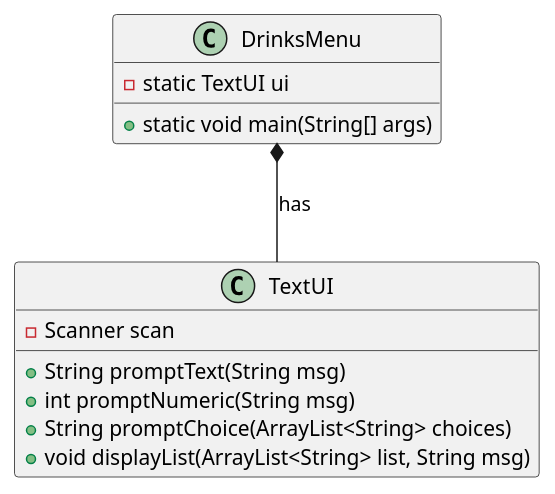
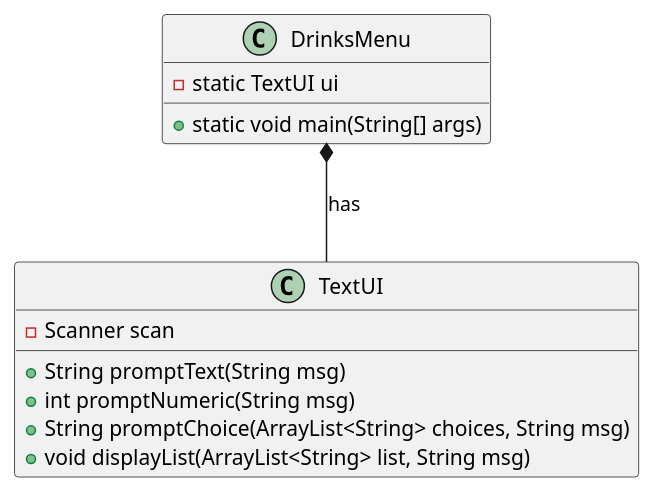
One commit to Eligoon/DrinksMenu changed the diagram in doc/TextUIclassdiagram.puml. Above: the diagram before and after it, drawn with PlantUML.

Commit message:
added string parameter promptChoice

```diff
--- a/doc/TextUIclassdiagram.puml
+++ b/doc/TextUIclassdiagram.puml
@@ -1,20 +1,20 @@
 @startuml
 
 class TextUI {
 - Scanner scan
 ' shows a message and returns the user's input as a String
 + String promptText(String msg)
 ' shows a message and returns the user's input as an integer
 + int promptNumeric(String msg)
 ' shows a message, lists the content of a list and returns the user's choice
-+ String promptChoice(ArrayList<String> choices)
++ String promptChoice(ArrayList<String> choices, String msg)
 ' shows a message and lists the content of a list
 + void displayList(ArrayList<String> list, String msg)
 }
 
 class DrinksMenu {
 - static TextUI ui
 + static void main(String[] args)
 }
 DrinksMenu *-- TextUI: has
 @endumluml
```
